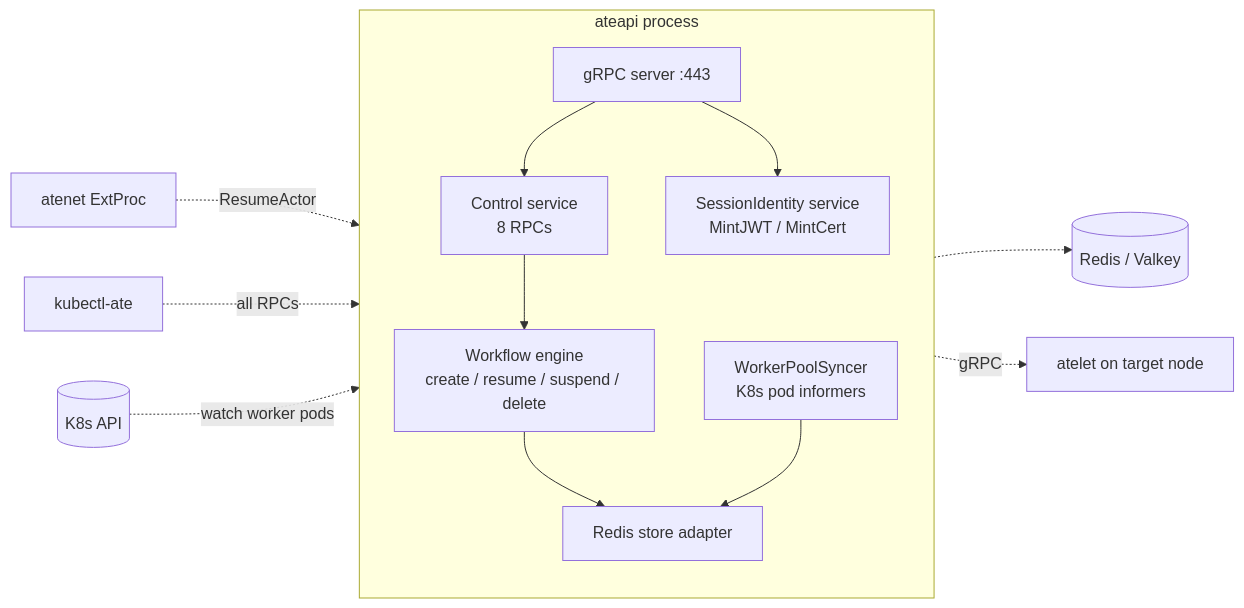
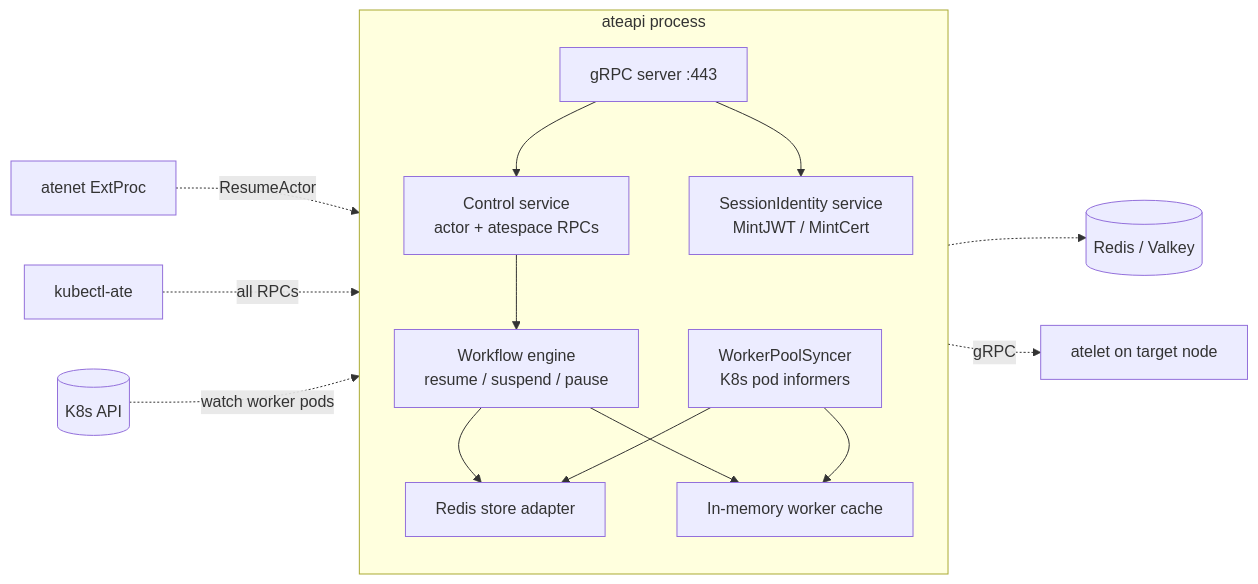
One commit to christian-posta/substrate changed the first of 2 diagrams in atlas/src/content/docs/components/ateapi.mdx. Above: the diagram before and after it, drawn with Mermaid. The commit also changed other lines of this file and 28 other files, not shown here.

````diff
--- a/atlas/src/content/docs/components/ateapi.mdx
+++ b/atlas/src/content/docs/components/ateapi.mdx
@@ -12,28 +12,31 @@
 ```mermaid
 flowchart LR
   subgraph ateapi["ateapi process"]
     direction TB
     GRPC[gRPC server :443]
-    CTL[Control service<br/>8 RPCs]
+    CTL[Control service<br/>actor + atespace RPCs]
     SID[SessionIdentity service<br/>MintJWT / MintCert]
-    WF[Workflow engine<br/>create / resume / suspend / delete]
+    WF[Workflow engine<br/>resume / suspend / pause]
     SYNC[WorkerPoolSyncer<br/>K8s pod informers]
+    WCACHE[In-memory worker cache]
     STORE[Redis store adapter]
   end
 
   GRPC --> CTL
   GRPC --> SID
   CTL --> WF
   WF --> STORE
+  WF --> WCACHE
   SYNC --> STORE
+  SYNC --> WCACHE
 
   CLIENT[atenet ExtProc] -.->|ResumeActor| CTL
   CLI[kubectl-ate] -.->|all RPCs| CTL
   K8s[(K8s API)] -.->|watch worker pods| SYNC
   STORE -.-> REDIS[(Redis / Valkey)]
   WF -.->|gRPC| ATELET[atelet on target node]
 
   click ATELET "/components/atelet/" "atelet"
   click CLIENT "/components/atenet/" "atenet"
   click REDIS "/components/storage/" "Storage"
 ```
````
